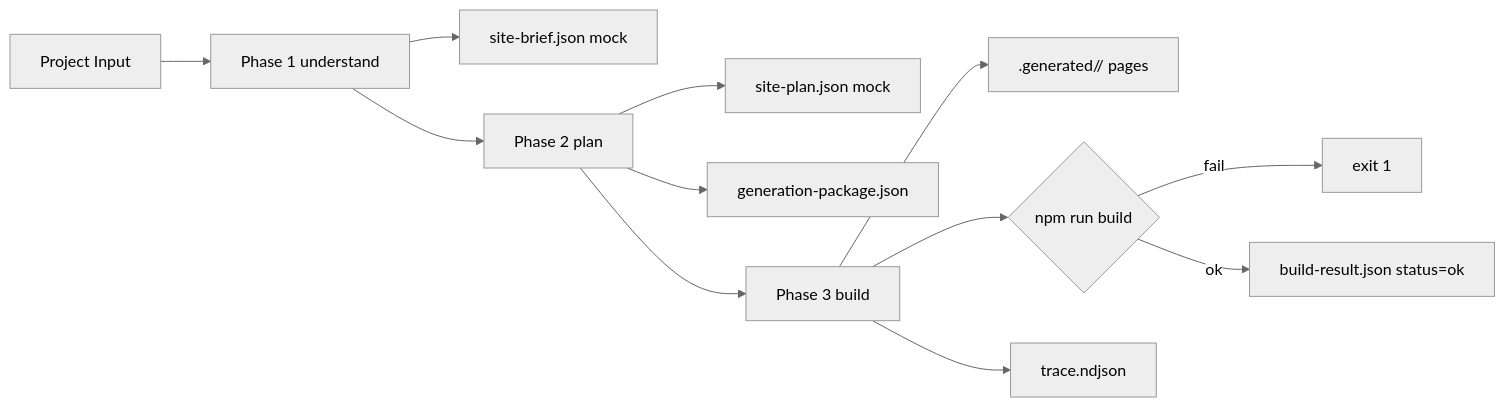
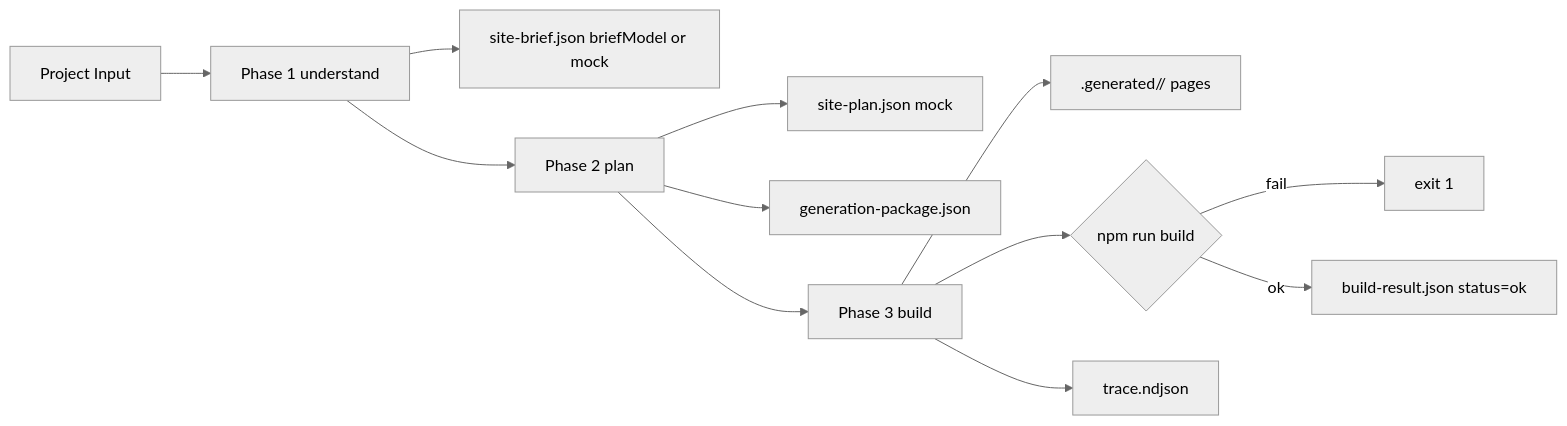
Before and after one commit to Jakeminator123/sajtbyggaren: the diagram in docs/architecture/builder-mvp.md, drawn with Mermaid (neutral theme). The commit also changed other lines of this file and 4 other files, not shown here.

````diff
--- a/docs/architecture/builder-mvp.md
+++ b/docs/architecture/builder-mvp.md
@@ -15,14 +15,14 @@
 ```mermaid
 flowchart LR
   Input[Project Input] --> Phase1[Phase 1 understand]
-  Phase1 --> Brief[site-brief.json mock]
+  Phase1 --> Brief[site-brief.json briefModel or mock]
   Phase1 --> Phase2[Phase 2 plan]
   Phase2 --> Plan[site-plan.json mock]
   Phase2 --> Pkg[generation-package.json]
   Phase2 --> Phase3[Phase 3 build]
   Phase3 --> Files[".generated/<siteId>/ pages"]
   Phase3 --> Npm{"npm run build"}
   Npm -->|fail| Fail[exit 1]
   Npm -->|ok| Result[build-result.json status=ok]
   Phase3 --> Trace[trace.ndjson]
 ```
````
